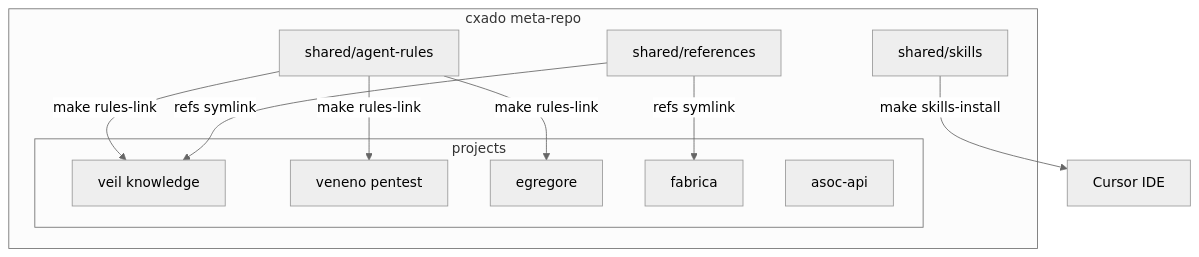
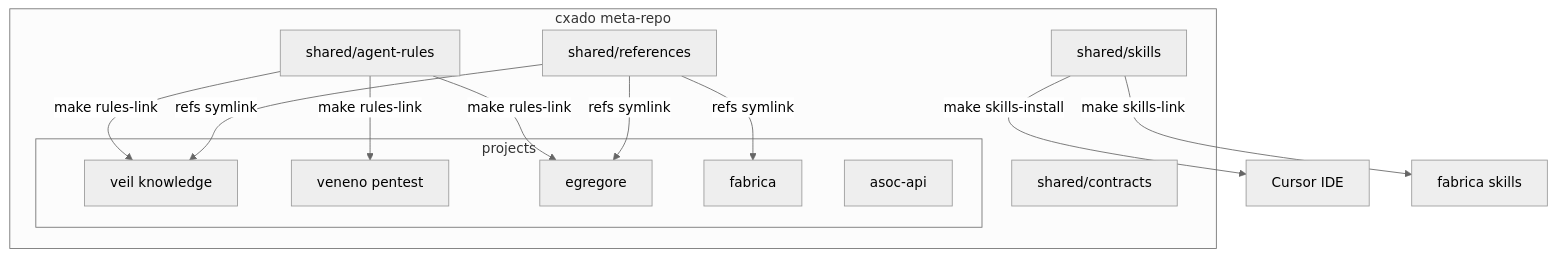
The first of 4 diagrams in docs/ecosystem-map.md (butbeautifulv/cxado), drawn with Mermaid (neutral theme) before and after one commit. The commit also changed other lines of this file and 13 other files, not shown here.

First line of the commit message:
DRY hubs: skills-link, shared/contracts, extended rules/refs bootstrap.

````diff
--- a/docs/ecosystem-map.md
+++ b/docs/ecosystem-map.md
@@ -5,22 +5,25 @@
 ```mermaid
 flowchart TB
   subgraph cxado [cxado meta-repo]
     RULES[shared/agent-rules]
     SKILLS[shared/skills]
     REFS[shared/references]
+    CTR[shared/contracts]
     subgraph projects [projects]
       VEIL[veil knowledge]
       VENENO[veneno pentest]
       AGI[egregore]
       CICD[fabrica]
       ASOC[asoc-api]
     end
   end
 
   RULES -->|make rules-link| VEIL
   RULES -->|make rules-link| VENENO
   RULES -->|make rules-link| AGI
   SKILLS -->|make skills-install| CURSOR[Cursor IDE]
+  SKILLS -->|make skills-link| FAB[fabrica skills]
   REFS -->|refs symlink| VEIL
   REFS -->|refs symlink| CICD
+  REFS -->|refs symlink| AGI
 ```
````
